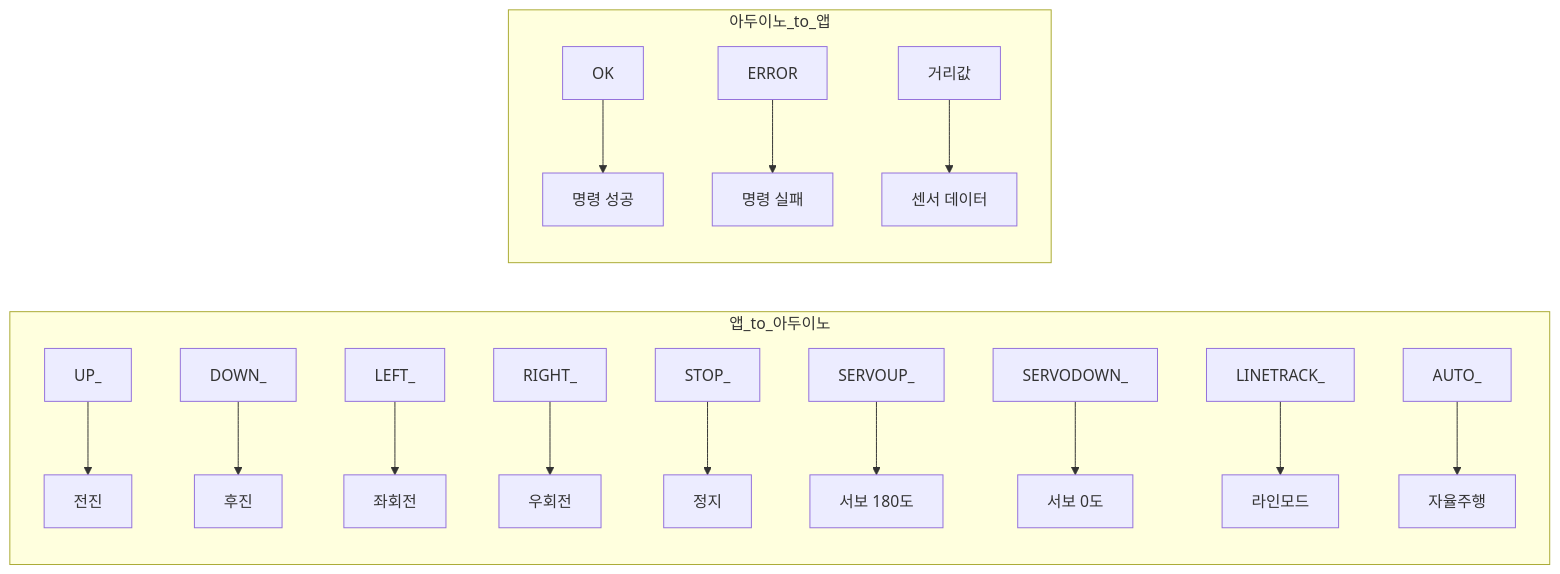
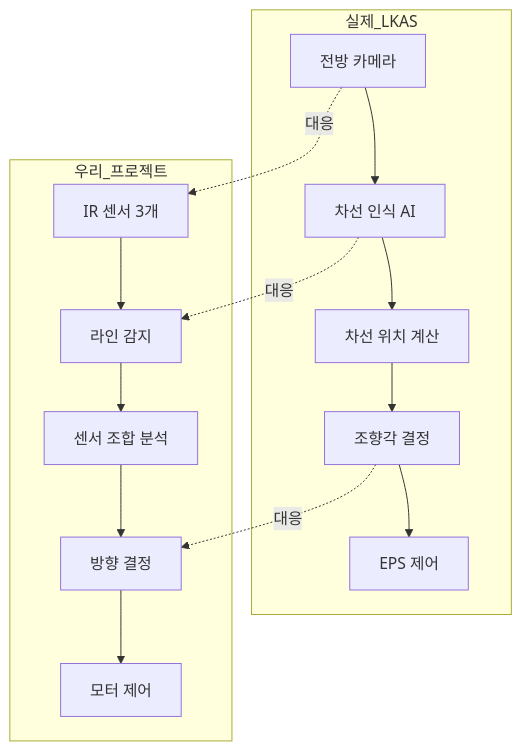
The fifth of 20 diagrams in document/algorithms_flowchart.md (Collegenie-X/Arduino_AutoPlot), drawn with Mermaid before and after one commit. The commit also changed other lines of this file and 3 other files, not shown here.

````diff
--- a/document/algorithms_flowchart.md
+++ b/document/algorithms_flowchart.md
@@ -89,20 +135,20 @@
 ```mermaid
-flowchart LR
-    subgraph 앱_to_아두이노
-        A1["UP_"] --> B1[전진]
-        A2["DOWN_"] --> B2[후진]
-        A3["LEFT_"] --> B3[좌회전]
-        A4["RIGHT_"] --> B4[우회전]
-        A5["STOP_"] --> B5[정지]
-        A6["SERVOUP_"] --> B6[서보 180도]
-        A7["SERVODOWN_"] --> B7[서보 0도]
-        A8["LINETRACK_"] --> B8[라인모드]
-        A9["AUTO_"] --> B9[자율주행]
+flowchart TB
+    subgraph 실제_LKAS
+        LA[전방 카메라] --> LB[차선 인식 AI]
+        LB --> LC[차선 위치 계산]
+        LC --> LD[조향각 결정]
+        LD --> LE[EPS 제어]
     end
     
-    subgraph 아두이노_to_앱
-        C1[OK] --> D1[명령 성공]
-        C2[ERROR] --> D2[명령 실패]
-        C3[거리값] --> D3[센서 데이터]
+    subgraph 우리_프로젝트
+        PA[IR 센서 3개] --> PB[라인 감지]
+        PB --> PC[센서 조합 분석]
+        PC --> PD[방향 결정]
+        PD --> PE[모터 제어]
     end
+    
+    LA -.->|대응| PA
+    LB -.->|대응| PB
+    LD -.->|대응| PD
 ```
````
